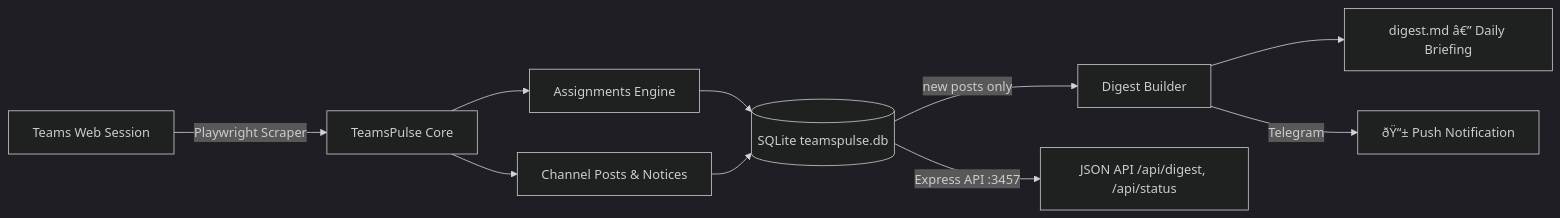
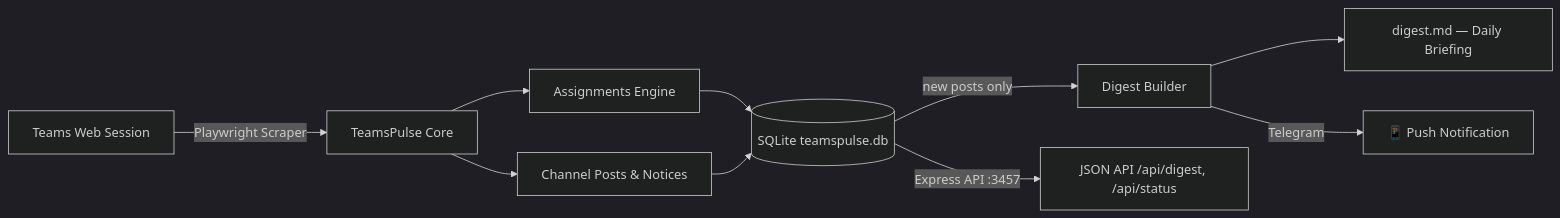
One commit to Sa-Alfy/teampulse changed the second of 2 diagrams in README.md. Above: the diagram before and after it, drawn with Mermaid (dark theme). The commit also changed other lines of this file, not shown here.

````diff
--- a/README.md
+++ b/README.md
@@ -56,12 +56,12 @@
 ```mermaid
 flowchart LR
     A[Teams Web Session] -->|Playwright Scraper| B[TeamsPulse Core]
     B --> C[Assignments Engine]
     B --> D[Channel Posts & Notices]
     C --> E[(SQLite teamspulse.db)]
     D --> E
     E -->|new posts only| F[Digest Builder]
-    F --> G[digest.md â€” Daily Briefing]
-    F -->|Telegram| H[ðŸ“± Push Notification]
+    F --> G[digest.md — Daily Briefing]
+    F -->|Telegram| H[📱 Push Notification]
     E -->|Express API :3457| I[JSON API /api/digest, /api/status]
 ```
````
